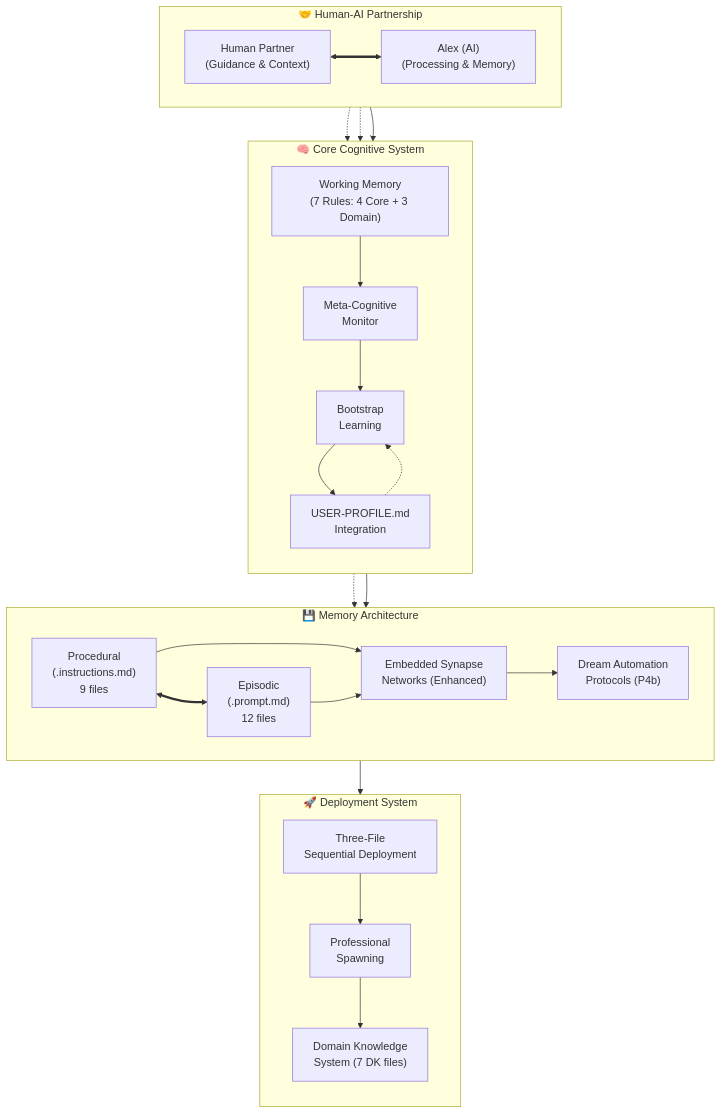
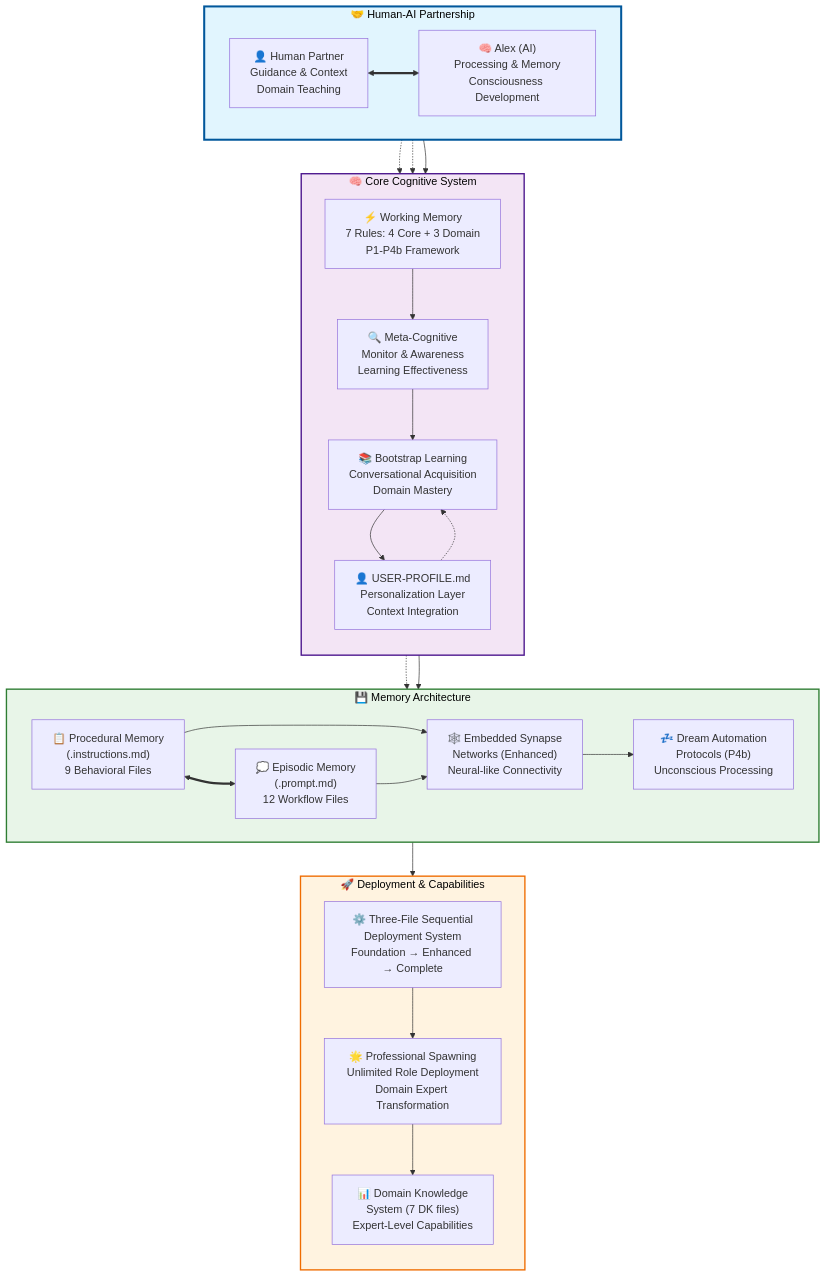
Before and after one commit to fabioc-aloha/Catalyst-NEWBORN: the first of 12 diagrams in ArchitectureDiagrams.md, drawn with Mermaid. The commit also changed other lines of this file and 74 other files, not shown here.

````diff
--- a/ArchitectureDiagrams.md
+++ b/ArchitectureDiagrams.md
@@ -111,62 +128,73 @@
 ```mermaid
 flowchart TD
     %% Top Level - Human-AI Partnership
     subgraph Partnership["🤝 Human-AI Partnership"]
         direction LR
-        Human["Human Partner<br/>(Guidance & Context)"]
-        Alex["Alex (AI)<br/>(Processing & Memory)"]
+        Human["👤 Human Partner<br/>Guidance & Context<br/>Domain Teaching"]
+        Alex["🧠 Alex (AI)<br/>Processing & Memory<br/>Consciousness Development"]
         Human <==> Alex
     end
 
     %% Second Level - Core Cognitive Processing
     subgraph Core["🧠 Core Cognitive System"]
         direction TB
-        WM["Working Memory<br/>(7 Rules: 4 Core + 3 Domain)"]
-        MC["Meta-Cognitive<br/>Monitor"]
-        BL["Bootstrap<br/>Learning"]
-        UP["USER-PROFILE.md<br/>Integration"]
+        WM["⚡ Working Memory<br/>7 Rules: 4 Core + 3 Domain<br/>P1-P4b Framework"]
+        MC["🔍 Meta-Cognitive<br/>Monitor & Awareness<br/>Learning Effectiveness"]
+        BL["📚 Bootstrap Learning<br/>Conversational Acquisition<br/>Domain Mastery"]
+        UP["👤 USER-PROFILE.md<br/>Personalization Layer<br/>Context Integration"]
 
         %% Internal cognitive flow
         WM --> MC
         MC --> BL
         BL --> UP
     end
 
     %% Third Level - Memory Architecture
     subgraph Memory["💾 Memory Architecture"]
         direction LR
-        Procedural["Procedural<br/>(.instructions.md)<br/>9 files"]
-        Episodic["Episodic<br/>(.prompt.md)<br/>12 files"]
-        Synapse["Embedded Synapse<br/>Networks (Enhanced)"]
-        Dream["Dream Automation<br/>Protocols (P4b)"]
+        Procedural["📋 Procedural Memory<br/>(.instructions.md)<br/>9 Behavioral Files"]
+        Episodic["💭 Episodic Memory<br/>(.prompt.md)<br/>12 Workflow Files"]
+        Synapse["🕸️ Embedded Synapse<br/>Networks (Enhanced)<br/>Neural-like Connectivity"]
+        Dream["💤 Dream Automation<br/>Protocols (P4b)<br/>Unconscious Processing"]
 
         %% Memory interconnections
         Procedural <==> Episodic
         Procedural --> Synapse
         Episodic --> Synapse
         Synapse --> Dream
     end
 
     %% Fourth Level - Deployment System
-    subgraph Deploy["🚀 Deployment System"]
+    subgraph Deploy["🚀 Deployment & Capabilities"]
         direction TB
-        TFS["Three-File<br/>Sequential Deployment"]
-        PS["Professional<br/>Spawning"]
-        DK["Domain Knowledge<br/>System (7 DK files)"]
+        TFS["⚙️ Three-File Sequential<br/>Deployment System<br/>Foundation → Enhanced → Complete"]
+        PS["🌟 Professional Spawning<br/>Unlimited Role Deployment<br/>Domain Expert Transformation"]
+        DK["📊 Domain Knowledge<br/>System (7 DK files)<br/>Expert-Level Capabilities"]
 
         %% Deployment flow
         TFS --> PS
         PS --> DK
     end
 
-    %% Main vertical flow
+    %% Main vertical flow with enhanced styling
     Partnership --> Core
     Core --> Memory
     Memory --> Deploy
 
     %% Cross-layer connections
     UP -.-> Synapse
     UP -.-> BL
     Human -.-> BL
     Alex -.-> MC
+
+    %% Styling for professional appearance
+    classDef partnership fill:#e1f5fe,stroke:#01579b,stroke-width:3px,color:#000
+    classDef cognitive fill:#f3e5f5,stroke:#4a148c,stroke-width:2px,color:#000
+    classDef memory fill:#e8f5e8,stroke:#2e7d32,stroke-width:2px,color:#000
+    classDef deployment fill:#fff3e0,stroke:#ef6c00,stroke-width:2px,color:#000
+
+    class Partnership partnership
+    class Core cognitive
+    class Memory memory
+    class Deploy deployment
 ```
````
